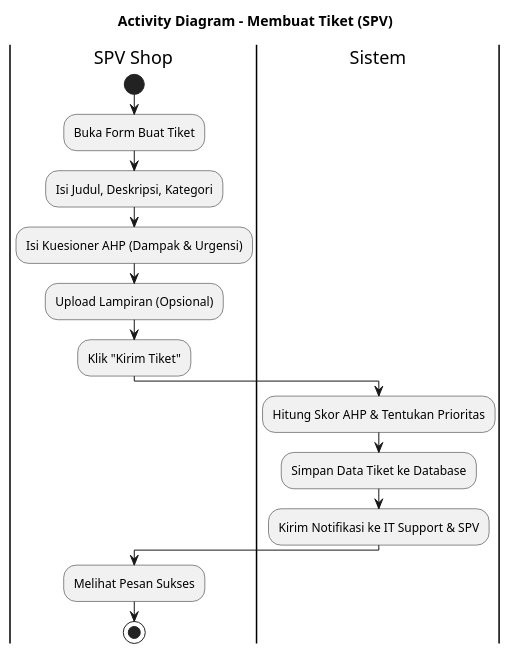
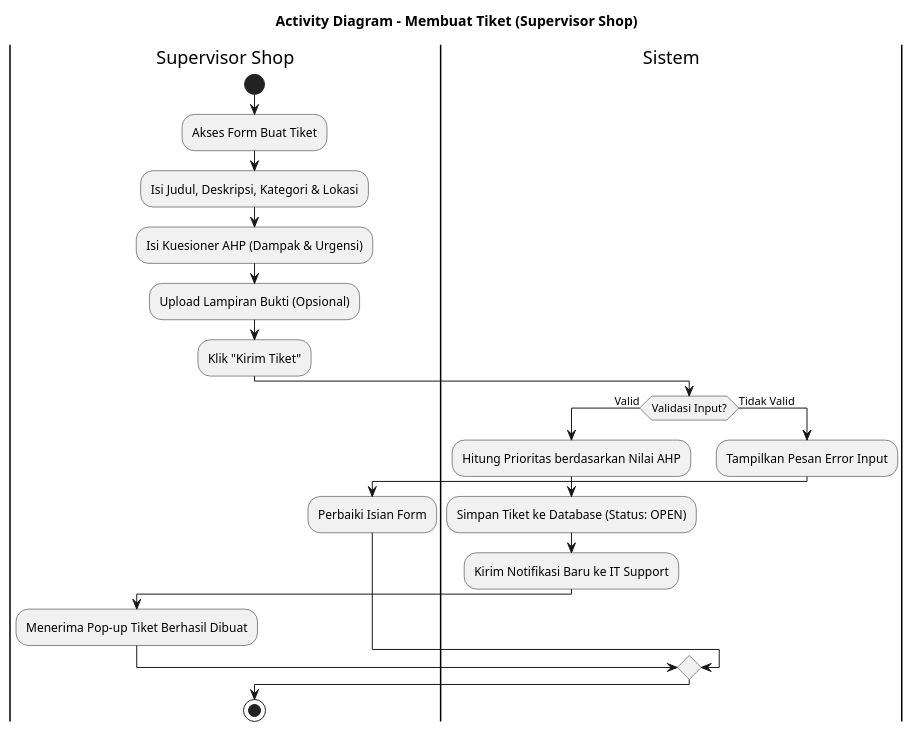
One commit to mrahmatfadila/bissmillah-skripsi-web changed the second of 14 diagrams in docs/activity-diagrams.puml. Above: the diagram before and after it, drawn with PlantUML. The commit also changed other lines of this file and 62 other files, not shown here.

Commit message:
Update database and seeds with real Terminal 2 & 3 supervisor data and sync other project files

```diff
--- a/docs/activity-diagrams.puml
+++ b/docs/activity-diagrams.puml
@@ -25,17 +23,24 @@
 @startuml activity_membuat_tiket
-title Activity Diagram - Membuat Tiket (SPV)
-|SPV Shop|
+title Activity Diagram - Membuat Tiket (Supervisor Shop)
+|Supervisor Shop|
 start
-:Buka Form Buat Tiket;
-:Isi Judul, Deskripsi, Kategori;
+:Akses Form Buat Tiket;
+:Isi Judul, Deskripsi, Kategori & Lokasi;
 :Isi Kuesioner AHP (Dampak & Urgensi);
-:Upload Lampiran (Opsional);
+:Upload Lampiran Bukti (Opsional);
 :Klik "Kirim Tiket";
 |Sistem|
-:Hitung Skor AHP & Tentukan Prioritas;
-:Simpan Data Tiket ke Database;
-:Kirim Notifikasi ke IT Support & SPV;
-|SPV Shop|
-:Melihat Pesan Sukses;
+if (Validasi Input?) then (Valid)
+  :Hitung Prioritas berdasarkan Nilai AHP;
+  :Simpan Tiket ke Database (Status: OPEN);
+  :Kirim Notifikasi Baru ke IT Support;
+  |Supervisor Shop|
+  :Menerima Pop-up Tiket Berhasil Dibuat;
+else (Tidak Valid)
+  |Sistem|
+  :Tampilkan Pesan Error Input;
+  |Supervisor Shop|
+  :Perbaiki Isian Form;
+endif
 stop
 @enduml
```
